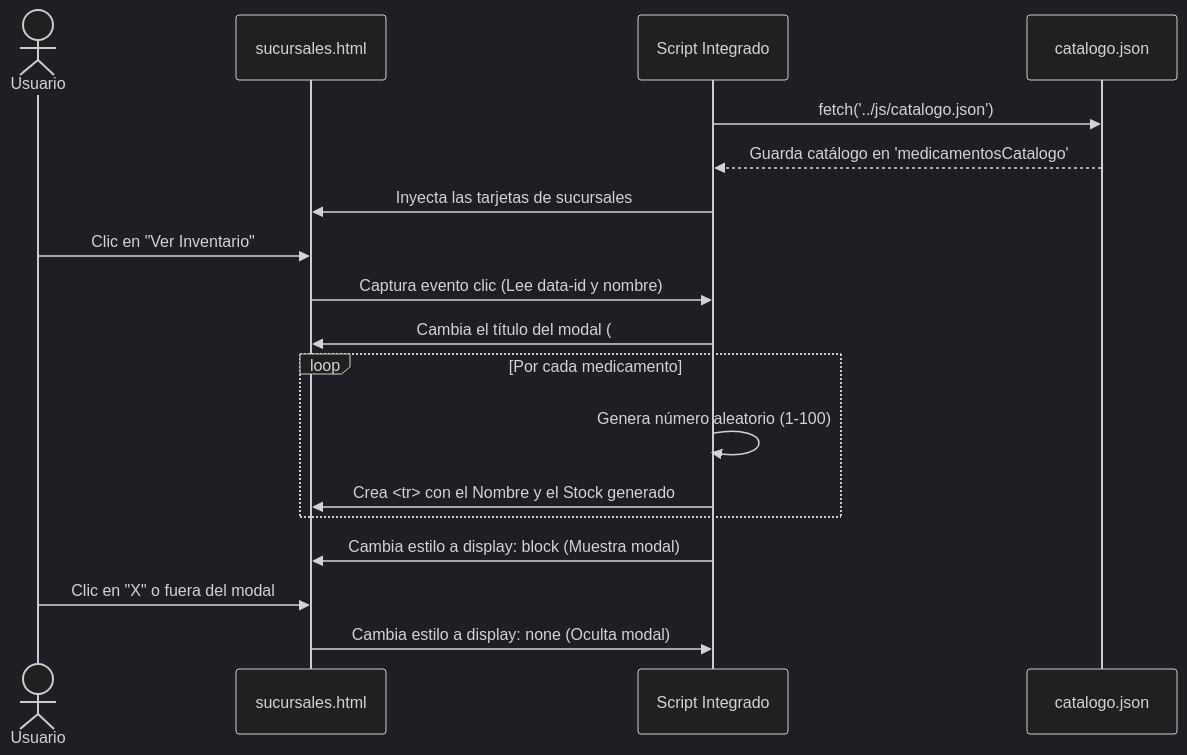
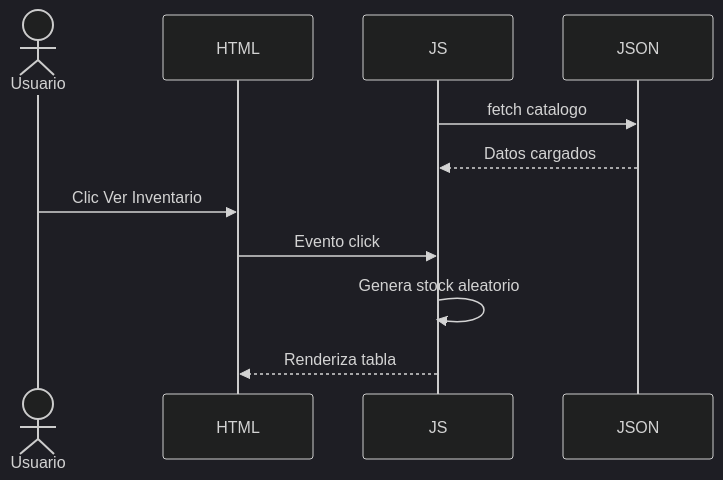
Before and after one commit to zerot-atomic/farmacetica_proyecto: the third of 3 diagrams in README.md, drawn with Mermaid (dark theme). The commit also changed other lines of this file, not shown here.

First line of the commit message:
Revise README for project updates and fetch usage

````diff
--- a/README.md
+++ b/README.md
@@ -221,24 +198,15 @@
 ```mermaid
 sequenceDiagram
     actor Usuario
-    participant HTML as sucursales.html
-    participant JS as Script Integrado
-    participant API as catalogo.json
-    
-    JS->>API: fetch('../js/catalogo.json')
-    API-->>JS: Guarda catálogo en 'medicamentosCatalogo'
-    JS->>HTML: Inyecta las tarjetas de sucursales
-    
-    Usuario->>HTML: Clic en "Ver Inventario"
-    HTML->>JS: Captura evento clic (Lee data-id y nombre)
-    JS->>HTML: Cambia el título del modal (#modal-titulo)
-    
-    loop Por cada medicamento
-        JS->>JS: Genera número aleatorio (1-100)
-        JS->>HTML: Crea <tr> con el Nombre y el Stock generado
-    end
-    
-    JS->>HTML: Cambia estilo a display: block (Muestra modal)
-    Usuario->>HTML: Clic en "X" o fuera del modal
-    HTML->>JS: Cambia estilo a display: none (Oculta modal)
+    participant HTML
+    participant JS
+    participant JSON
+
+    JS->>JSON: fetch catalogo
+    JSON-->>JS: Datos cargados
+
+    Usuario->>HTML: Clic Ver Inventario
+    HTML->>JS: Evento click
+    JS->>JS: Genera stock aleatorio
+    JS-->>HTML: Renderiza tabla
 ```
````
